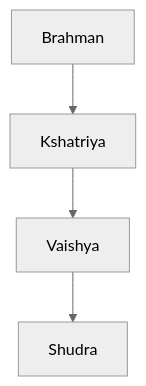
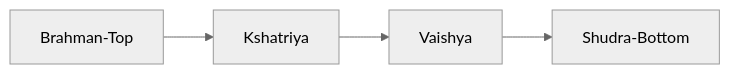
Before and after one commit to wesleyCampbell/Notes: the diagram in Notes/Agrarian-Urban Centers in India.md, drawn with Mermaid (neutral theme). The commit also changed other lines of this file and 60 other files, not shown here.

````diff
--- a/Notes/Agrarian-Urban Centers in India.md
+++ b/Notes/Agrarian-Urban Centers in India.md
@@ -57,6 +90,6 @@
 ```mermaid
-graph TD;
-Brahman-->Kshatriya;
+graph LR;
+Brahman-Top-->Kshatriya;
 Kshatriya-->Vaishya;
-Vaishya-->Shudra;
+Vaishya-->Shudra-Bottom;
 ```
````
